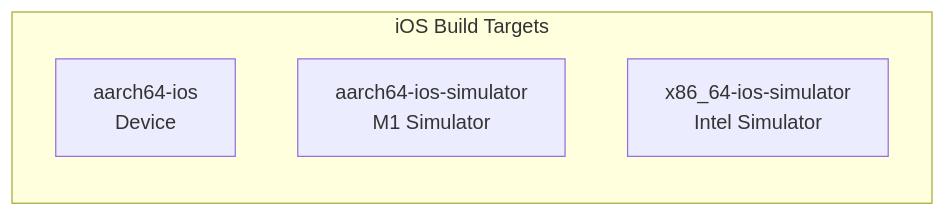
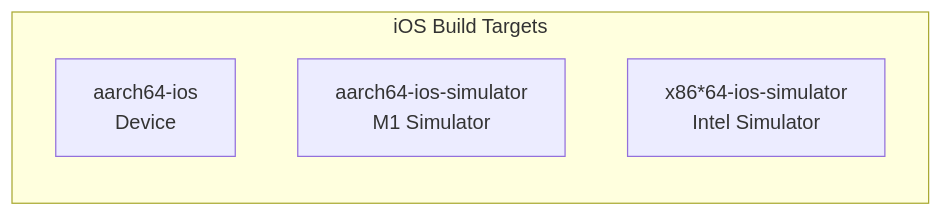
Diagram 14 of 15 in docs/architecture/mobile.md (home-lang/craft), drawn with Mermaid before and after one commit. The commit also changed other lines of this file and 46 other files, not shown here.

````diff
--- a/docs/architecture/mobile.md
+++ b/docs/architecture/mobile.md
@@ -377,8 +377,8 @@
 ```mermaid
 graph LR
     subgraph "iOS Build Targets"
         DEV[aarch64-ios<br/>Device]
         SIM[aarch64-ios-simulator<br/>M1 Simulator]
-        SIMX[x86_64-ios-simulator<br/>Intel Simulator]
+        SIMX[x86*64-ios-simulator<br/>Intel Simulator]
     end
 ```
````
